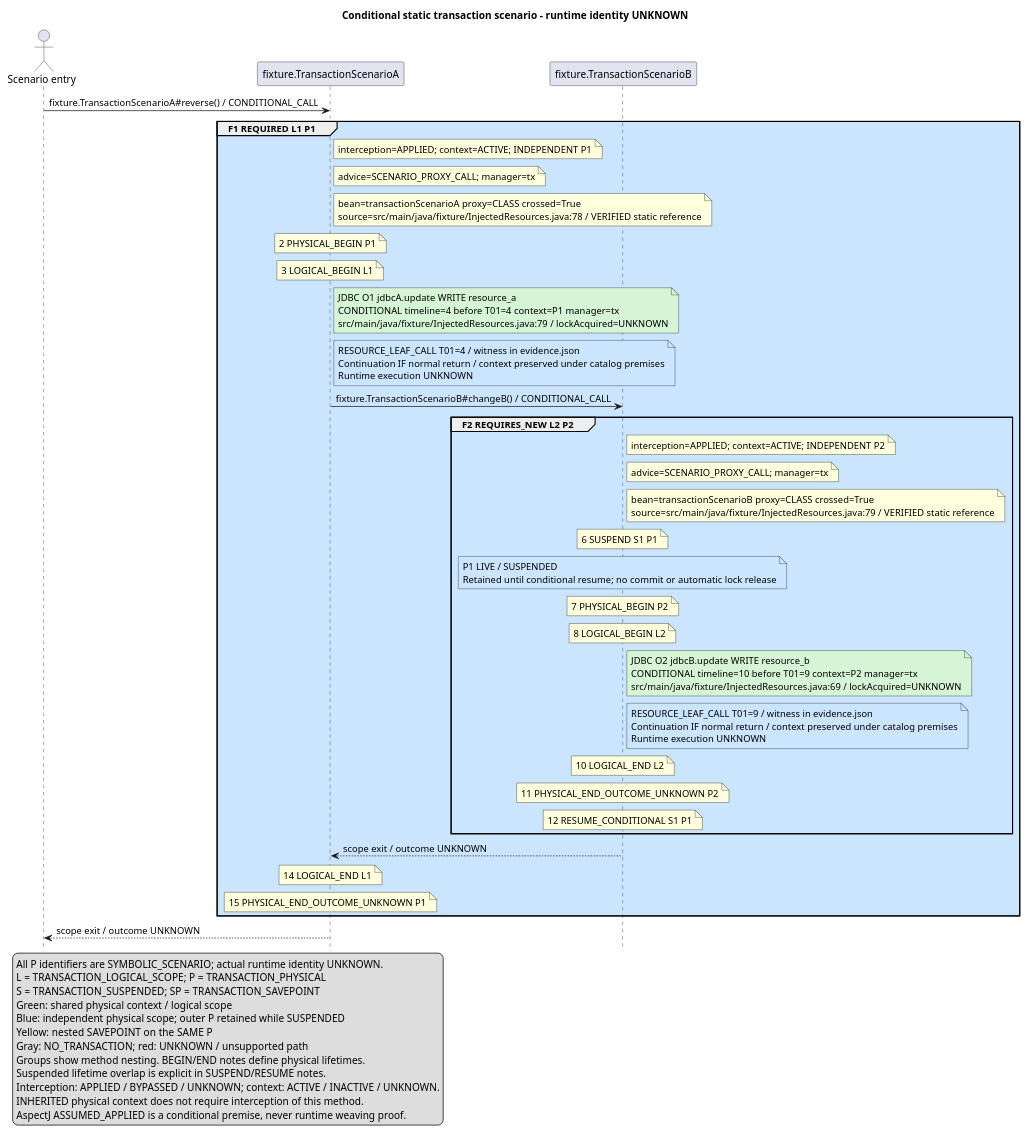
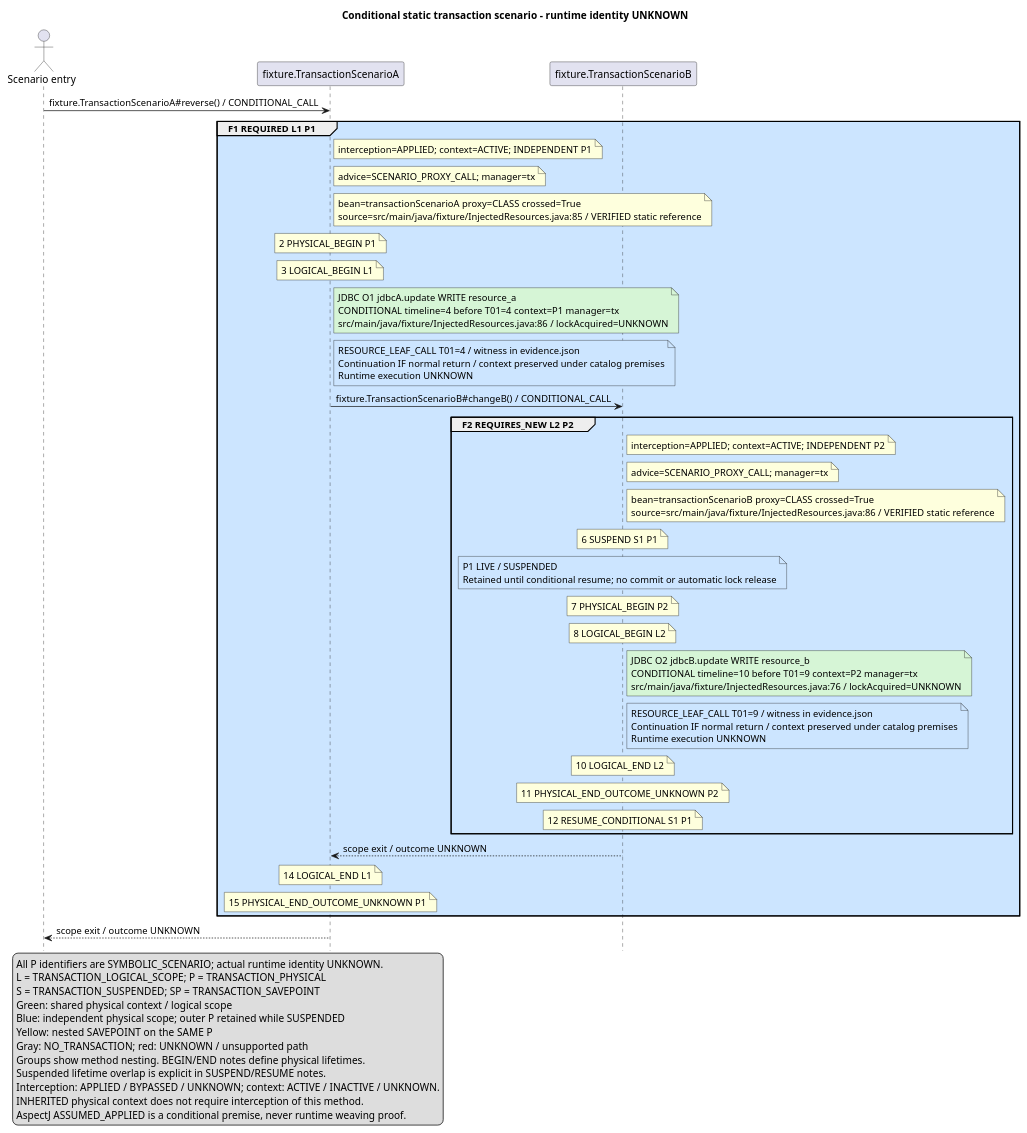
Before and after one commit to bruuuuuce/mana: the diagram in docs/examples/mana-tx-jdbc-01/reverse/sequence.puml, drawn with PlantUML. The commit also changed 6 other files, not shown here.

Commit message:
Match legacy timeline observation selection

```diff
--- a/docs/examples/mana-tx-jdbc-01/reverse/sequence.puml
+++ b/docs/examples/mana-tx-jdbc-01/reverse/sequence.puml
@@ -1,50 +1,50 @@
 @startuml
 hide footbox
 title Conditional static transaction scenario - runtime identity UNKNOWN
 actor "Scenario entry" as Entry
 participant "fixture.TransactionScenarioA" as B1
 participant "fixture.TransactionScenarioB" as B2
 legend left
 All P identifiers are SYMBOLIC_SCENARIO; actual runtime identity UNKNOWN.
 L = TRANSACTION_LOGICAL_SCOPE; P = TRANSACTION_PHYSICAL
 S = TRANSACTION_SUSPENDED; SP = TRANSACTION_SAVEPOINT
 Green: shared physical context / logical scope
 Blue: independent physical scope; outer P retained while SUSPENDED
 Yellow: nested SAVEPOINT on the SAME P
 Gray: NO_TRANSACTION; red: UNKNOWN / unsupported path
 Groups show method nesting. BEGIN/END notes define physical lifetimes.
 Suspended lifetime overlap is explicit in SUSPEND/RESUME notes.
 Interception: APPLIED / BYPASSED / UNKNOWN; context: ACTIVE / INACTIVE / UNKNOWN.
 INHERITED physical context does not require interception of this method.
 AspectJ ASSUMED_APPLIED is a conditional premise, never runtime weaving proof.
 endlegend
 Entry -> B1: fixture.TransactionScenarioA#reverse() / CONDITIONAL_CALL
 group #CCE5FF F1 REQUIRED L1 P1
 note right of B1: interception=APPLIED; context=ACTIVE; INDEPENDENT P1
 note right of B1: advice=SCENARIO_PROXY_CALL; manager=tx
-note right of B1: bean=transactionScenarioA proxy=CLASS crossed=True\nsource=src/main/java/fixture/InjectedResources.java:78 / VERIFIED static reference
+note right of B1: bean=transactionScenarioA proxy=CLASS crossed=True\nsource=src/main/java/fixture/InjectedResources.java:85 / VERIFIED static reference
 note over B1: 2 PHYSICAL_BEGIN P1
 note over B1: 3 LOGICAL_BEGIN L1
-note right of B1 #D6F5D6: JDBC O1 jdbcA.update WRITE resource_a\nCONDITIONAL timeline=4 before T01=4 context=P1 manager=tx\nsrc/main/java/fixture/InjectedResources.java:79 / lockAcquired=UNKNOWN
+note right of B1 #D6F5D6: JDBC O1 jdbcA.update WRITE resource_a\nCONDITIONAL timeline=4 before T01=4 context=P1 manager=tx\nsrc/main/java/fixture/InjectedResources.java:86 / lockAcquired=UNKNOWN
 note right of B1 #CCE5FF: RESOURCE_LEAF_CALL T01=4 / witness in evidence.json\nContinuation IF normal return / context preserved under catalog premises\nRuntime execution UNKNOWN
 B1 -> B2: fixture.TransactionScenarioB#changeB() / CONDITIONAL_CALL
 group #CCE5FF F2 REQUIRES_NEW L2 P2
 note right of B2: interception=APPLIED; context=ACTIVE; INDEPENDENT P2
 note right of B2: advice=SCENARIO_PROXY_CALL; manager=tx
-note right of B2: bean=transactionScenarioB proxy=CLASS crossed=True\nsource=src/main/java/fixture/InjectedResources.java:79 / VERIFIED static reference
+note right of B2: bean=transactionScenarioB proxy=CLASS crossed=True\nsource=src/main/java/fixture/InjectedResources.java:86 / VERIFIED static reference
 note over B2: 6 SUSPEND S1 P1
 note over B2 #CCE5FF: P1 LIVE / SUSPENDED\nRetained until conditional resume; no commit or automatic lock release
 note over B2: 7 PHYSICAL_BEGIN P2
 note over B2: 8 LOGICAL_BEGIN L2
-note right of B2 #D6F5D6: JDBC O2 jdbcB.update WRITE resource_b\nCONDITIONAL timeline=10 before T01=9 context=P2 manager=tx\nsrc/main/java/fixture/InjectedResources.java:69 / lockAcquired=UNKNOWN
+note right of B2 #D6F5D6: JDBC O2 jdbcB.update WRITE resource_b\nCONDITIONAL timeline=10 before T01=9 context=P2 manager=tx\nsrc/main/java/fixture/InjectedResources.java:76 / lockAcquired=UNKNOWN
 note right of B2 #CCE5FF: RESOURCE_LEAF_CALL T01=9 / witness in evidence.json\nContinuation IF normal return / context preserved under catalog premises\nRuntime execution UNKNOWN
 note over B2: 10 LOGICAL_END L2
 note over B2: 11 PHYSICAL_END_OUTCOME_UNKNOWN P2
 note over B2: 12 RESUME_CONDITIONAL S1 P1
 end
 B2 --> B1: scope exit / outcome UNKNOWN
 note over B1: 14 LOGICAL_END L1
 note over B1: 15 PHYSICAL_END_OUTCOME_UNKNOWN P1
 end
 B1 --> Entry: scope exit / outcome UNKNOWN
 @enduml
```
